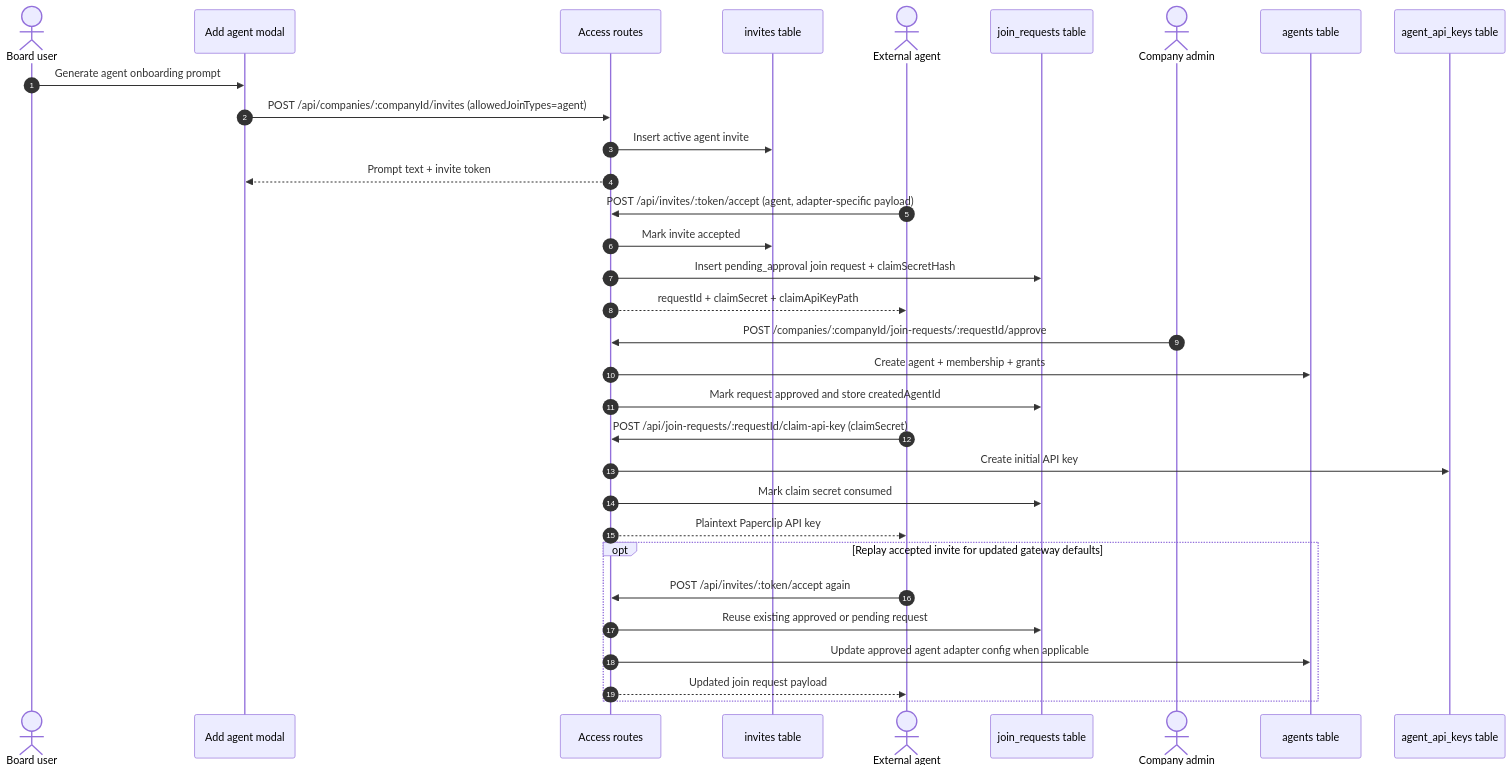
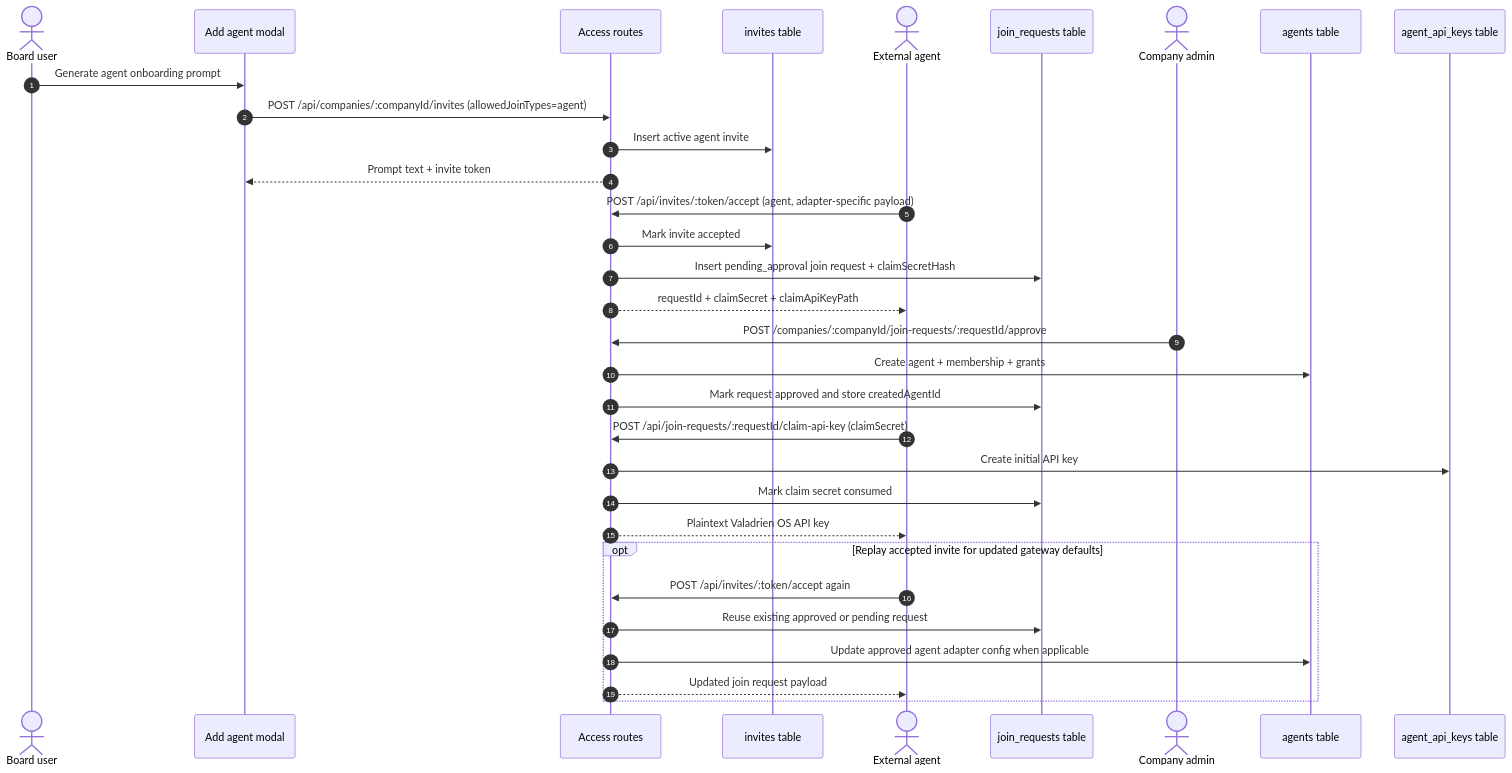
Before and after one commit to paperclipai/paperclip: the sixth of 6 diagrams in doc/spec/invite-flow.md, drawn with Mermaid. The commit also changed 1524 other files, not shown here.

First line of the commit message:
chore: rebrand paperclip -> valadrien-os (full pass)

````diff
--- a/doc/spec/invite-flow.md
+++ b/doc/spec/invite-flow.md
@@ -246,39 +246,39 @@
 ```mermaid
 sequenceDiagram
   autonumber
   actor Board as Board user
   participant AddAgent as Add agent modal
   participant API as Access routes
   participant Invites as invites table
   actor Gateway as External agent
   participant Join as join_requests table
   actor Approver as Company admin
   participant Agents as agents table
   participant Keys as agent_api_keys table
 
   Board->>AddAgent: Generate agent onboarding prompt
   AddAgent->>API: POST /api/companies/:companyId/invites (allowedJoinTypes=agent)
   API->>Invites: Insert active agent invite
   API-->>AddAgent: Prompt text + invite token
 
   Gateway->>API: POST /api/invites/:token/accept (agent, adapter-specific payload)
   API->>Invites: Mark invite accepted
   API->>Join: Insert pending_approval join request + claimSecretHash
   API-->>Gateway: requestId + claimSecret + claimApiKeyPath
 
   Approver->>API: POST /companies/:companyId/join-requests/:requestId/approve
   API->>Agents: Create agent + membership + grants
   API->>Join: Mark request approved and store createdAgentId
 
   Gateway->>API: POST /api/join-requests/:requestId/claim-api-key (claimSecret)
   API->>Keys: Create initial API key
   API->>Join: Mark claim secret consumed
-  API-->>Gateway: Plaintext Paperclip API key
+  API-->>Gateway: Plaintext Valadrien OS API key
 
   opt Replay accepted invite for updated gateway defaults
     Gateway->>API: POST /api/invites/:token/accept again
     API->>Join: Reuse existing approved or pending request
     API->>Agents: Update approved agent adapter config when applicable
     API-->>Gateway: Updated join request payload
   end
 ```
````
